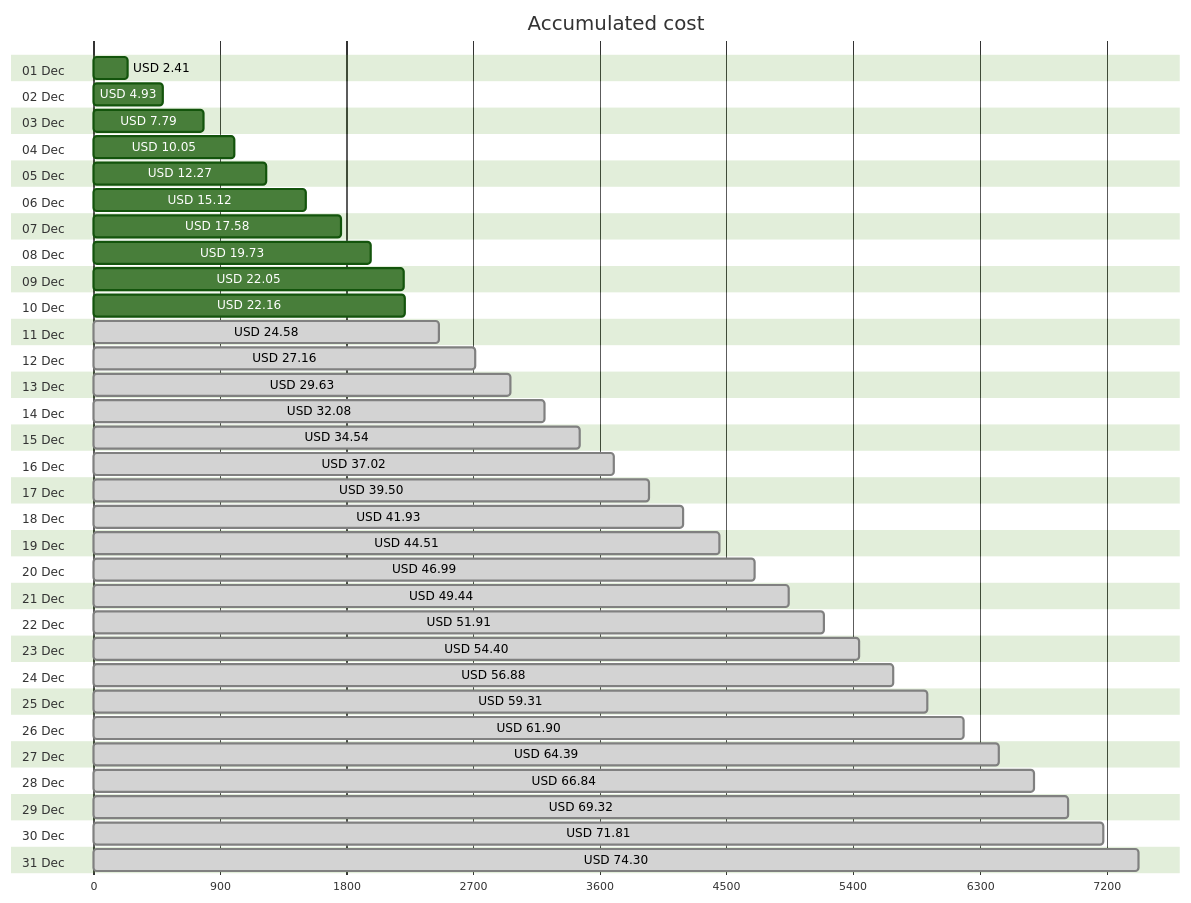
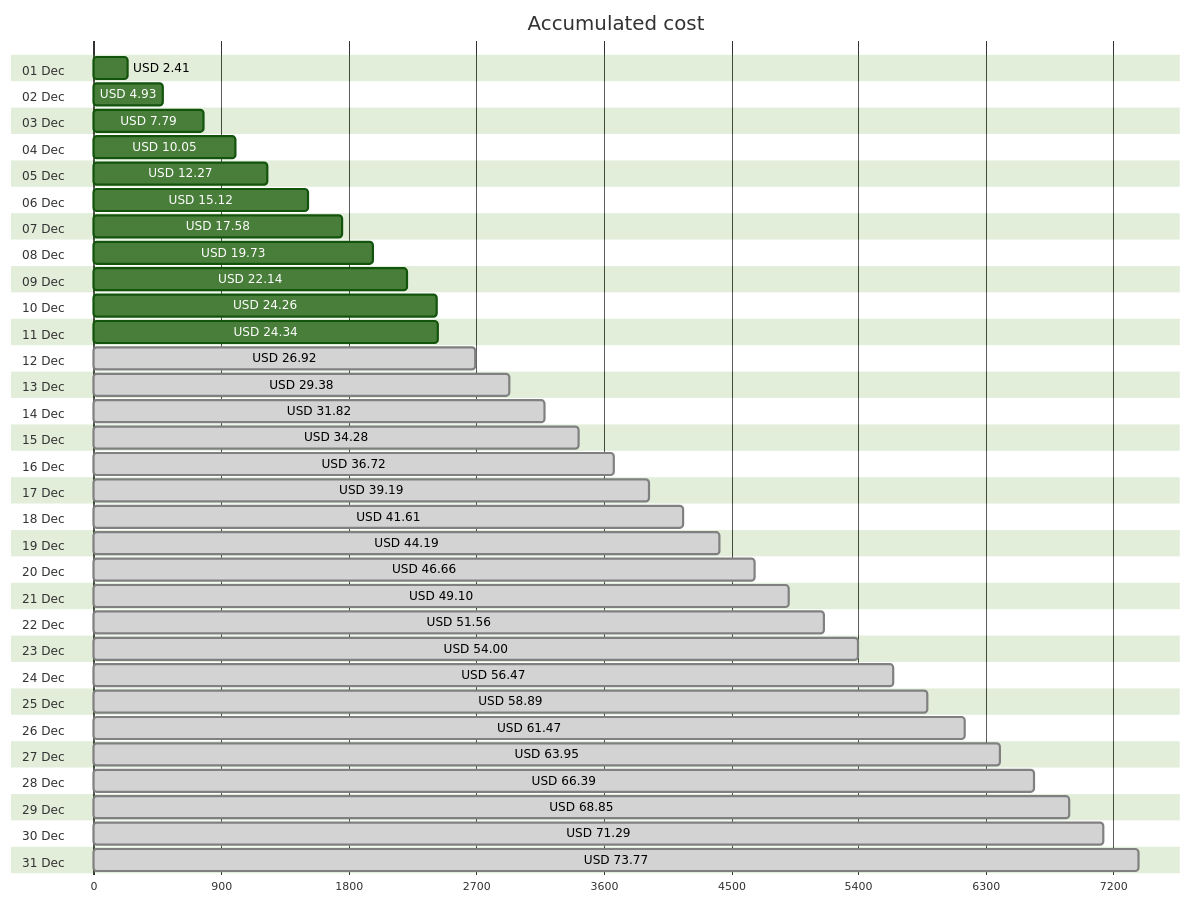
The first of 4 diagrams in cost-reports/accumulated-cost.md (jpfulton/azure-personal-reports), drawn with Mermaid (forest theme) before and after one commit. The commit also changed other lines of this file and 4 other files, not shown here.

````diff
--- a/cost-reports/accumulated-cost.md
+++ b/cost-reports/accumulated-cost.md
@@ -20,68 +20,68 @@
 ```mermaid
 gantt
    title Accumulated cost
    dateFormat  X
    axisFormat %s
    section 01 Dec
    USD 2.41 :0, 241
    section 02 Dec
    USD 4.93 :0, 493
    section 03 Dec
    USD 7.79 :0, 779
    section 04 Dec
    USD 10.05 :0, 1005
    section 05 Dec
    USD 12.27 :0, 1227
    section 06 Dec
    USD 15.12 :0, 1512
    section 07 Dec
    USD 17.58 :0, 1758
    section 08 Dec
    USD 19.73 :0, 1973
    section 09 Dec
-   USD 22.05 :0, 2205
+   USD 22.14 :0, 2214
    section 10 Dec
-   USD 22.16 :0, 2216
+   USD 24.26 :0, 2426
    section 11 Dec
-   USD 24.58 : done, 0, 2458
+   USD 24.34 :0, 2434
    section 12 Dec
-   USD 27.16 : done, 0, 2716
+   USD 26.92 : done, 0, 2692
    section 13 Dec
-   USD 29.63 : done, 0, 2963
+   USD 29.38 : done, 0, 2938
    section 14 Dec
-   USD 32.08 : done, 0, 3208
+   USD 31.82 : done, 0, 3182
    section 15 Dec
-   USD 34.54 : done, 0, 3454
+   USD 34.28 : done, 0, 3428
    section 16 Dec
-   USD 37.02 : done, 0, 3702
+   USD 36.72 : done, 0, 3672
    section 17 Dec
-   USD 39.50 : done, 0, 3950
+   USD 39.19 : done, 0, 3919
    section 18 Dec
-   USD 41.93 : done, 0, 4193
+   USD 41.61 : done, 0, 4161
    section 19 Dec
-   USD 44.51 : done, 0, 4451
+   USD 44.19 : done, 0, 4419
    section 20 Dec
-   USD 46.99 : done, 0, 4699
+   USD 46.66 : done, 0, 4666
    section 21 Dec
-   USD 49.44 : done, 0, 4944
+   USD 49.10 : done, 0, 4910
    section 22 Dec
-   USD 51.91 : done, 0, 5191
+   USD 51.56 : done, 0, 5156
    section 23 Dec
-   USD 54.40 : done, 0, 5440
+   USD 54.00 : done, 0, 5400
    section 24 Dec
-   USD 56.88 : done, 0, 5688
+   USD 56.47 : done, 0, 5647
    section 25 Dec
-   USD 59.31 : done, 0, 5931
+   USD 58.89 : done, 0, 5889
    section 26 Dec
-   USD 61.90 : done, 0, 6190
+   USD 61.47 : done, 0, 6147
    section 27 Dec
-   USD 64.39 : done, 0, 6439
+   USD 63.95 : done, 0, 6395
    section 28 Dec
-   USD 66.84 : done, 0, 6684
+   USD 66.39 : done, 0, 6639
    section 29 Dec
-   USD 69.32 : done, 0, 6932
+   USD 68.85 : done, 0, 6885
    section 30 Dec
-   USD 71.81 : done, 0, 7181
+   USD 71.29 : done, 0, 7129
    section 31 Dec
-   USD 74.30 : done, 0, 7430
+   USD 73.77 : done, 0, 7377
 ```
````
